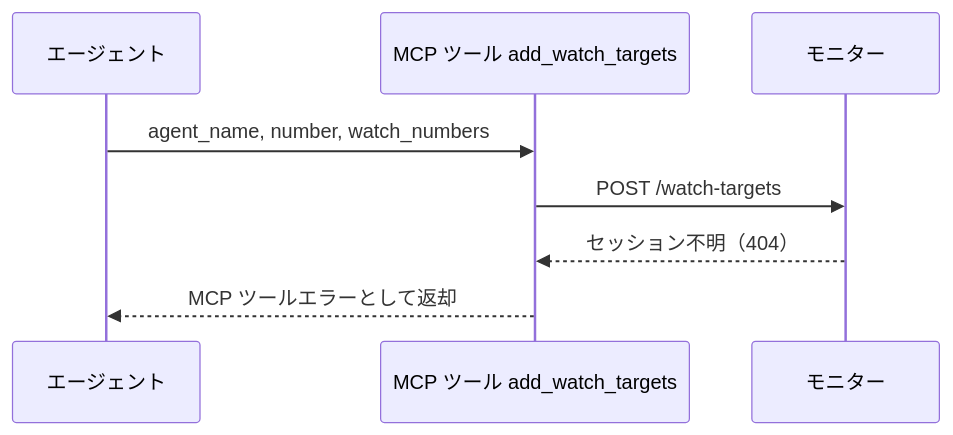
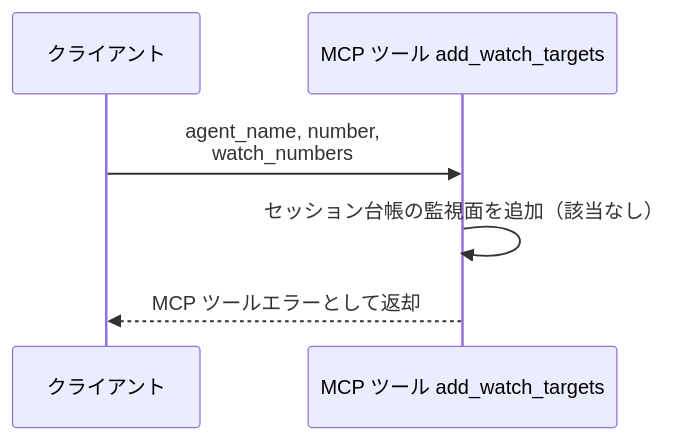
The second of 2 diagrams in docs/wiki/設計図/バックエンド結合/監視対象追加.py.md (shuhei1101/ai-monitor), drawn with Mermaid before and after one commit. The commit also changed other lines of this file and 67 other files, not shown here.

````diff
--- a/docs/wiki/設計図/バックエンド結合/監視対象追加.py.md
+++ b/docs/wiki/設計図/バックエンド結合/監視対象追加.py.md
@@ -116,11 +108,9 @@
 ```mermaid
 sequenceDiagram
-  participant A as エージェント
-  participant T as MCP ツール add_watch_targets
-  participant MON as モニター
+  participant C as クライアント
+  participant IF as MCP ツール add_watch_targets
 
-  A->>T: agent_name, number, watch_numbers
-  T->>MON: POST /watch-targets
-  MON-->>T: セッション不明（404）
-  T-->>A: MCP ツールエラーとして返却
+  C->>IF: agent_name, number,<br>watch_numbers
+  IF->>IF: セッション台帳の監視面を追加（該当なし）
+  IF-->>C: MCP ツールエラーとして返却
 ```
````
